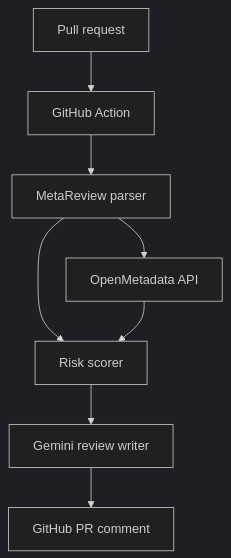
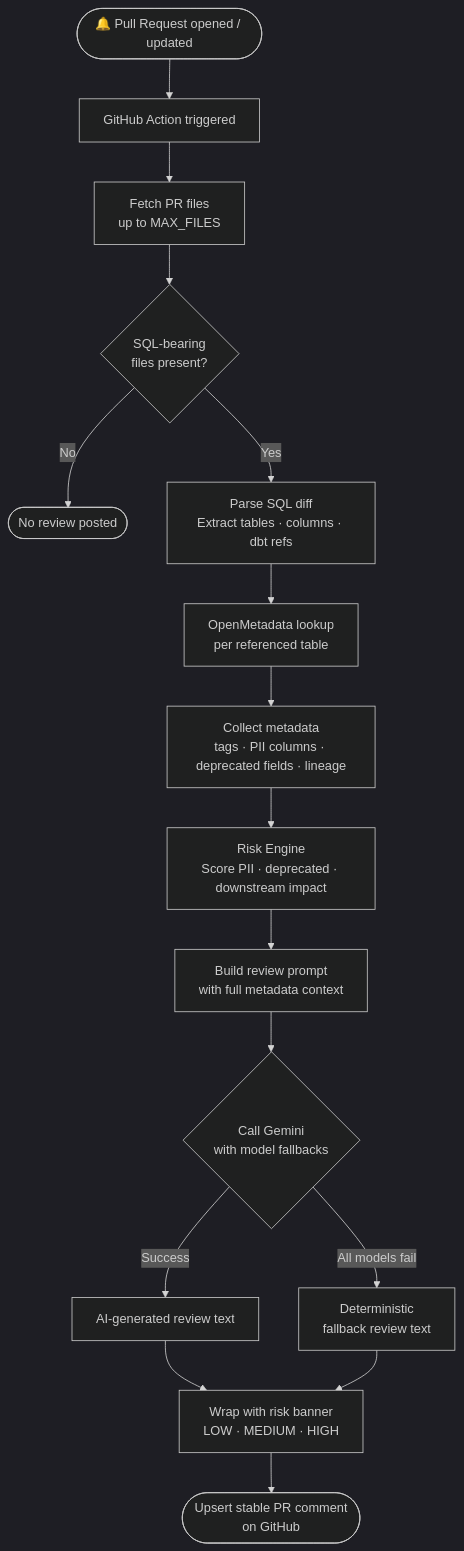
Before and after one commit to prantikmedhi/MetaReview: the diagram in README.md, drawn with Mermaid (dark theme).

Commit message:
docs: replace basic flowchart with detailed workflow diagram in README
Agent-Logs-Url: https://github.com/prantikmedhi/MetaReview/sessions/12918afc-5146-4b15-bb9b-f180c04bae18

````diff
--- a/README.md
+++ b/README.md
@@ -31,10 +31,18 @@
 ```mermaid
 flowchart TD
-    A[Pull request] --> B[GitHub Action]
-    B --> C[MetaReview parser]
-    C --> D[OpenMetadata API]
-    C --> E[Risk scorer]
-    D --> E
-    E --> F[Gemini review writer]
-    F --> G[GitHub PR comment]
+    A([🔔 Pull Request opened / updated]) --> B[GitHub Action triggered]
+    B --> C[Fetch PR files\nup to MAX_FILES]
+    C --> D{SQL-bearing\nfiles present?}
+    D -- No --> Z([No review posted])
+    D -- Yes --> E[Parse SQL diff\nExtract tables · columns · dbt refs]
+    E --> F[OpenMetadata lookup\nper referenced table]
+    F --> G[Collect metadata\ntags · PII columns · deprecated fields · lineage]
+    G --> H[Risk Engine\nScore PII · deprecated · downstream impact]
+    H --> I[Build review prompt\nwith full metadata context]
+    I --> J{Call Gemini\nwith model fallbacks}
+    J -- Success --> K[AI-generated review text]
+    J -- All models fail --> L[Deterministic\nfallback review text]
+    K --> M[Wrap with risk banner\nLOW · MEDIUM · HIGH]
+    L --> M
+    M --> N([Upsert stable PR comment\non GitHub])
 ```
````
